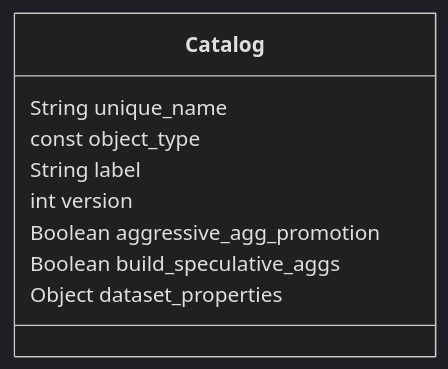
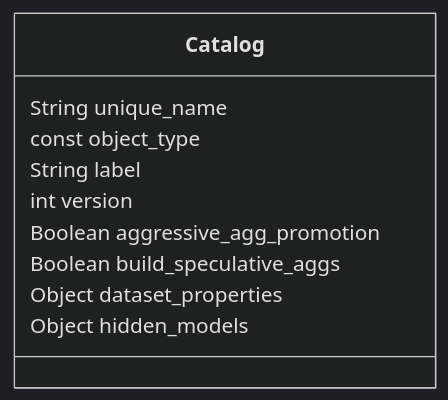
The diagram in sml-reference/catalog.md (semanticdatalayer/SML), drawn with Mermaid (dark theme) before and after one commit. The commit also changed other lines of this file, not shown here.

````diff
--- a/sml-reference/catalog.md
+++ b/sml-reference/catalog.md
@@ -21,12 +24,13 @@
 ```mermaid
 classDiagram
     class Catalog{
       String unique_name
       const object_type
       String label
       int version
       Boolean aggressive_agg_promotion
       Boolean build_speculative_aggs
       Object dataset_properties
+      Object hidden_models
     }
 ```
````
